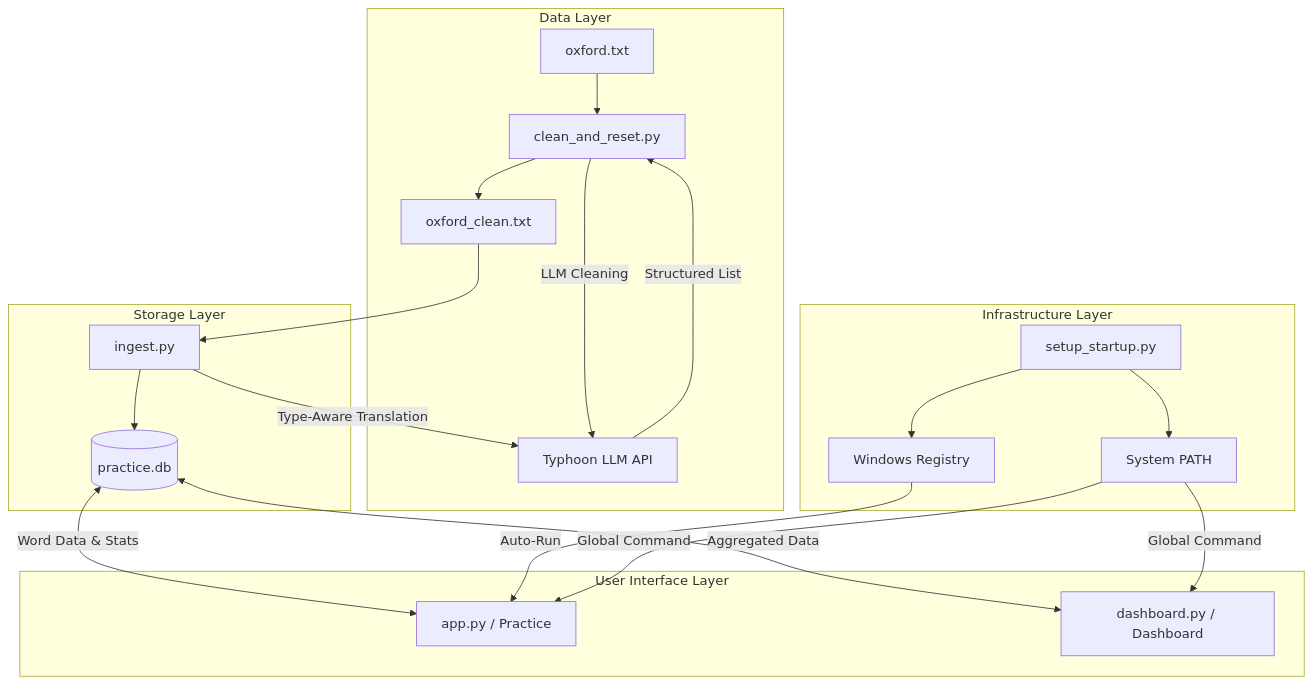
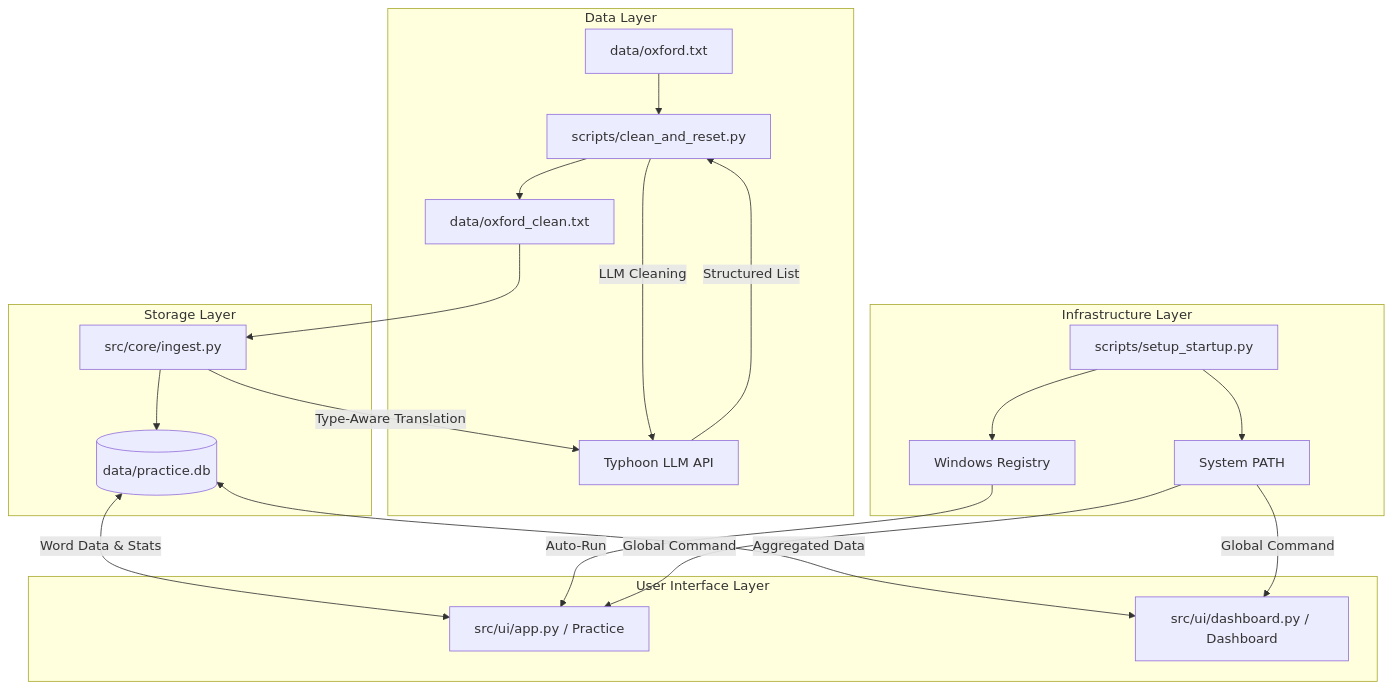
Before and after one commit to PhoengZ/practice-english-application: the diagram in README.md, drawn with Mermaid. The commit also changed other lines of this file and 19 other files, not shown here.

Commit message:
refactor: restructure codebase into src, data, and scripts directories

````diff
--- a/README.md
+++ b/README.md
@@ -17,28 +17,28 @@
 ```mermaid
 graph TD
     subgraph "Data Layer"
-        RAW[oxford.txt] --> CLEANER[clean_and_reset.py]
+        RAW[data/oxford.txt] --> CLEANER[scripts/clean_and_reset.py]
         CLEANER -- "LLM Cleaning" --> TYPHOON[Typhoon LLM API]
         TYPHOON -- "Structured List" --> CLEANER
-        CLEANER --> CLEAN[oxford_clean.txt]
+        CLEANER --> CLEAN[data/oxford_clean.txt]
     end
 
     subgraph "Storage Layer"
-        CLEAN --> INGEST[ingest.py]
+        CLEAN --> INGEST[src/core/ingest.py]
         INGEST -- "Type-Aware Translation" --> TYPHOON
-        INGEST --> DB[(practice.db)]
+        INGEST --> DB[(data/practice.db)]
     end
 
     subgraph "User Interface Layer"
-        DB <--> |"Word Data & Stats"| APP[app.py / Practice]
-        DB <--> |"Aggregated Data"| DASH[dashboard.py / Dashboard]
+        DB <--> |"Word Data & Stats"| APP[src/ui/app.py / Practice]
+        DB <--> |"Aggregated Data"| DASH[src/ui/dashboard.py / Dashboard]
     end
 
     subgraph "Infrastructure Layer"
-        SETUP[setup_startup.py] --> REG[Windows Registry]
+        SETUP[scripts/setup_startup.py] --> REG[Windows Registry]
         SETUP --> PATH[System PATH]
         REG -- "Auto-Run" --> APP
         PATH -- "Global Command" --> APP
         PATH -- "Global Command" --> DASH
     end
 ```
````
